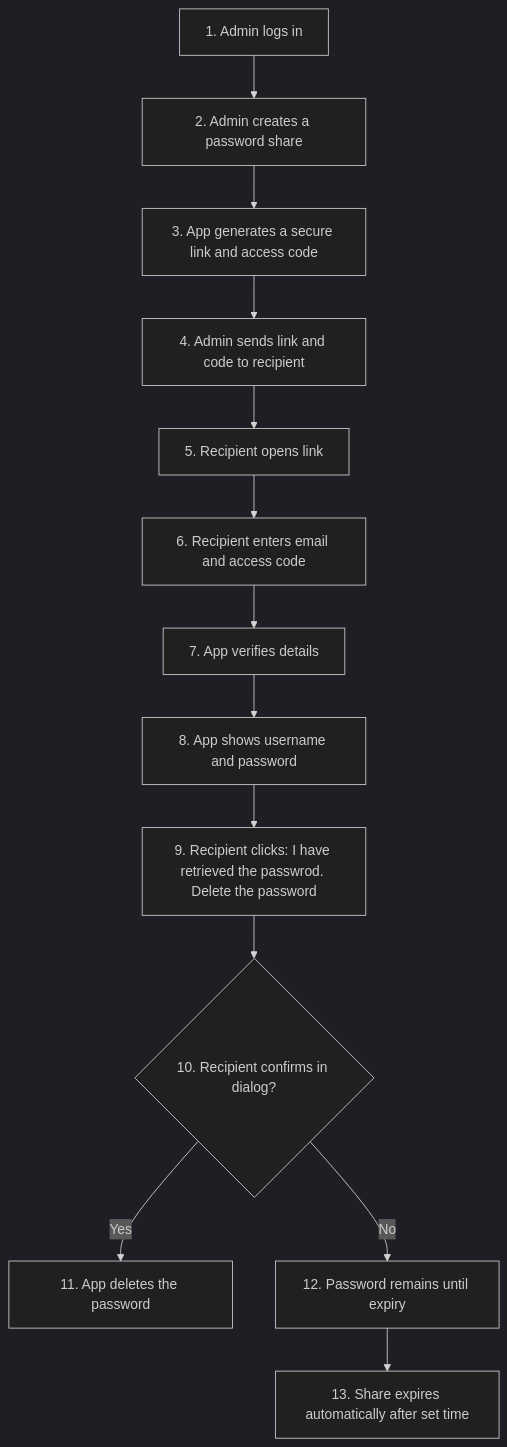
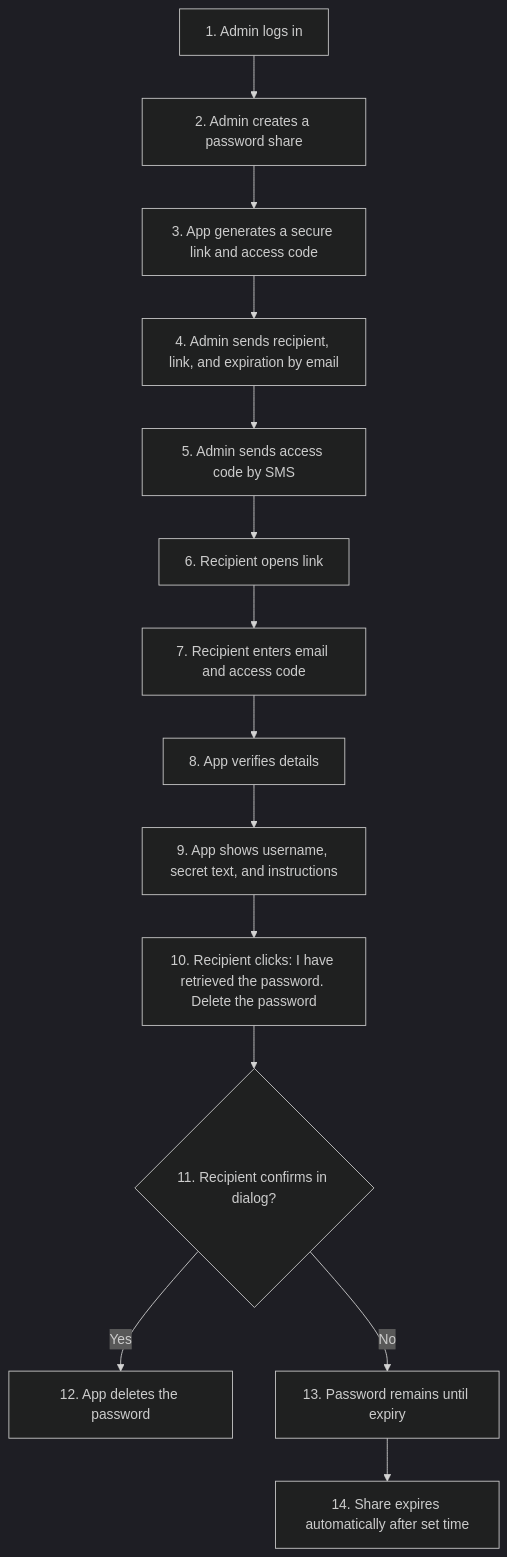
Before and after one commit to mictsi/sharepasswordAzure: the diagram in README.md, drawn with Mermaid (dark theme). The commit also changed other lines of this file and 15 other files, not shown here.

````diff
--- a/README.md
+++ b/README.md
@@ -84,15 +87,16 @@
 ```mermaid
 flowchart TD
     S1["1. Admin logs in"] --> S2["2. Admin creates a password share"]
     S2 --> S3["3. App generates a secure link and access code"]
-    S3 --> S4["4. Admin sends link and code to recipient"]
-    S4 --> S5["5. Recipient opens link"]
-    S5 --> S6["6. Recipient enters email and access code"]
-    S6 --> S7["7. App verifies details"]
-    S7 --> S8["8. App shows username and password"]
-    S8 --> S9["9. Recipient clicks: I have retrieved the passwrod. Delete the password"]
-    S9 --> S10{"10. Recipient confirms in dialog?"}
-    S10 -->|Yes| S11["11. App deletes the password"]
-    S10 -->|No| S12["12. Password remains until expiry"]
-    S12 --> S13["13. Share expires automatically after set time"]
+    S3 --> S4["4. Admin sends recipient, link, and expiration by email"]
+    S4 --> S4A["5. Admin sends access code by SMS"]
+    S4A --> S5["6. Recipient opens link"]
+    S5 --> S6["7. Recipient enters email and access code"]
+    S6 --> S7["8. App verifies details"]
+    S7 --> S8["9. App shows username, secret text, and instructions"]
+    S8 --> S9["10. Recipient clicks: I have retrieved the password. Delete the password"]
+    S9 --> S10{"11. Recipient confirms in dialog?"}
+    S10 -->|Yes| S11["12. App deletes the password"]
+    S10 -->|No| S12["13. Password remains until expiry"]
+    S12 --> S13["14. Share expires automatically after set time"]
 ```
````
